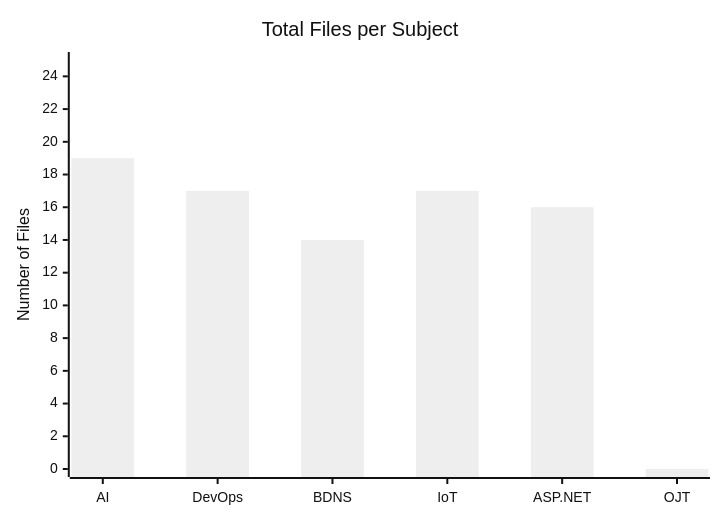
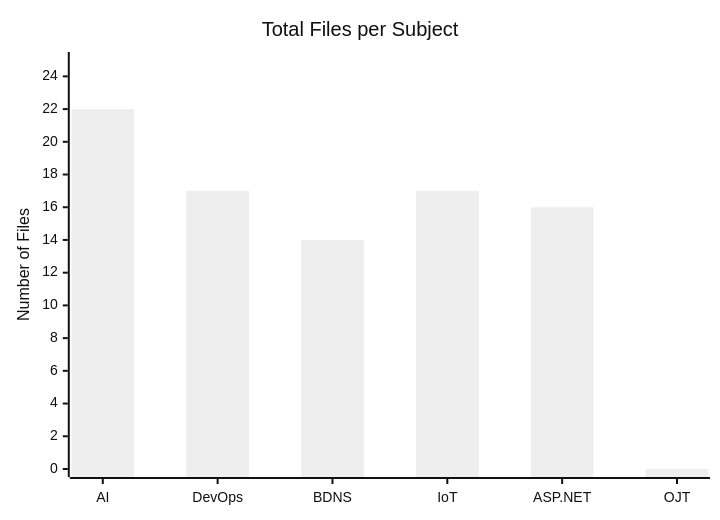
One commit to Mandar-Kshirsagar/TYIT-SEM-5 changed the first of 4 diagrams in README.md. Above: the diagram before and after it, drawn with Mermaid (neutral theme). The commit also changed other lines of this file and 1 other file, not shown here.

````diff
--- a/README.md
+++ b/README.md
@@ -24,7 +24,7 @@
 ```mermaid
 xychart-beta
     title "Total Files per Subject"
     x-axis ["AI", "DevOps", "BDNS", "IoT", "ASP.NET", "OJT"]
     y-axis "Number of Files" 0 --> 25
-    bar [19, 17, 14, 17, 16, 0]
+    bar [22, 17, 14, 17, 16, 0]
 ```
````
